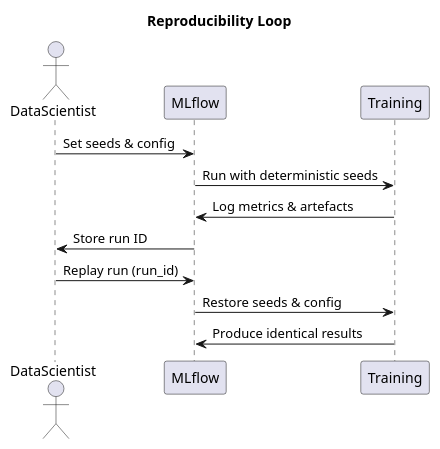
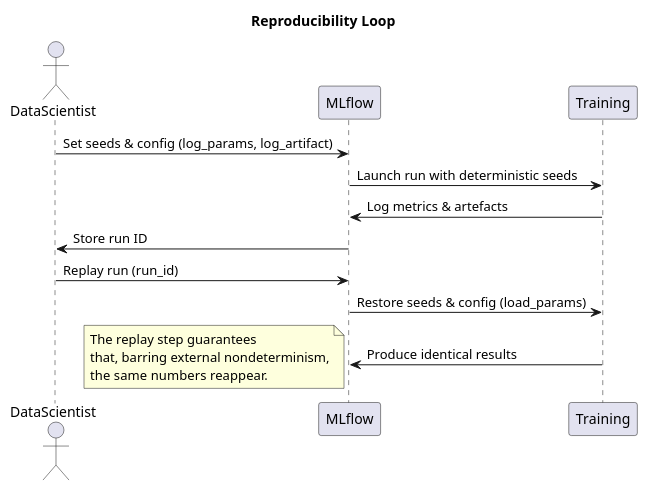
The second of 2 diagrams in aipa/llm-elevated/ch04-lecture-06.adoc (InquiryInstitute/AIPA), drawn with PlantUML before and after one commit. The commit also changed other lines of this file and 128 other files, not shown here.

```diff
--- a/aipa/llm-elevated/ch04-lecture-06.adoc
+++ b/aipa/llm-elevated/ch04-lecture-06.adoc
@@ -67,14 +79,15 @@
 [plantuml,reproducibility-loop,svg]
 ----
 @startuml
 title Reproducibility Loop
 actor DataScientist
-DataScientist -> MLflow : Set seeds & config
-MLflow -> Training : Run with deterministic seeds
+DataScientist -> MLflow : Set seeds & config (log_params, log_artifact)
+MLflow -> Training : Launch run with deterministic seeds
 Training -> MLflow : Log metrics & artefacts
 MLflow -> DataScientist : Store run ID
 DataScientist -> MLflow : Replay run (run_id)
-MLflow -> Training : Restore seeds & config
+MLflow -> Training : Restore seeds & config (load_params)
 Training -> MLflow : Produce identical results
+note left: The replay step guarantees\nthat, barring external nondeterminism,\nthe same numbers reappear.
 @enduml
 ----
```
